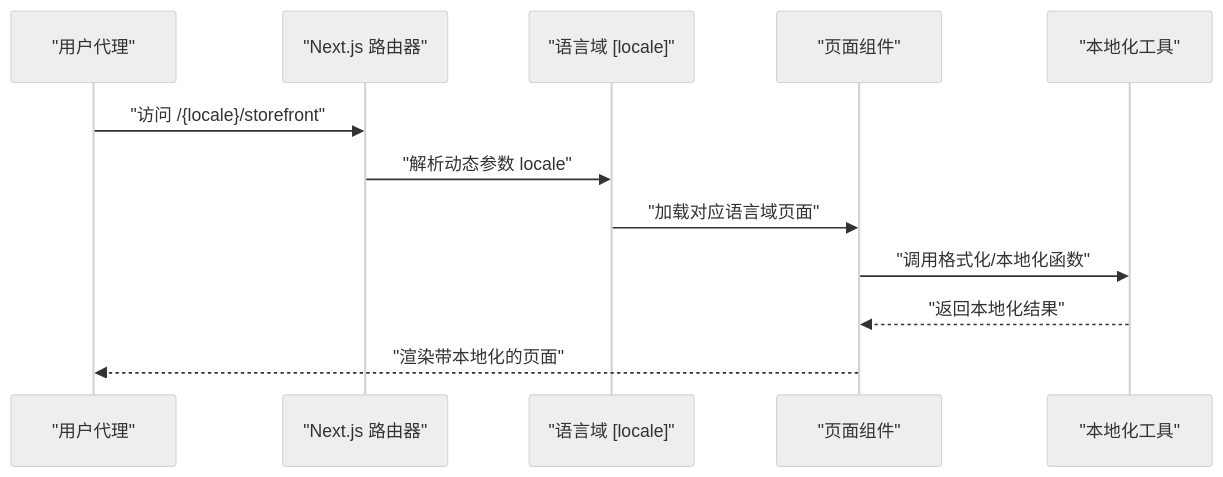
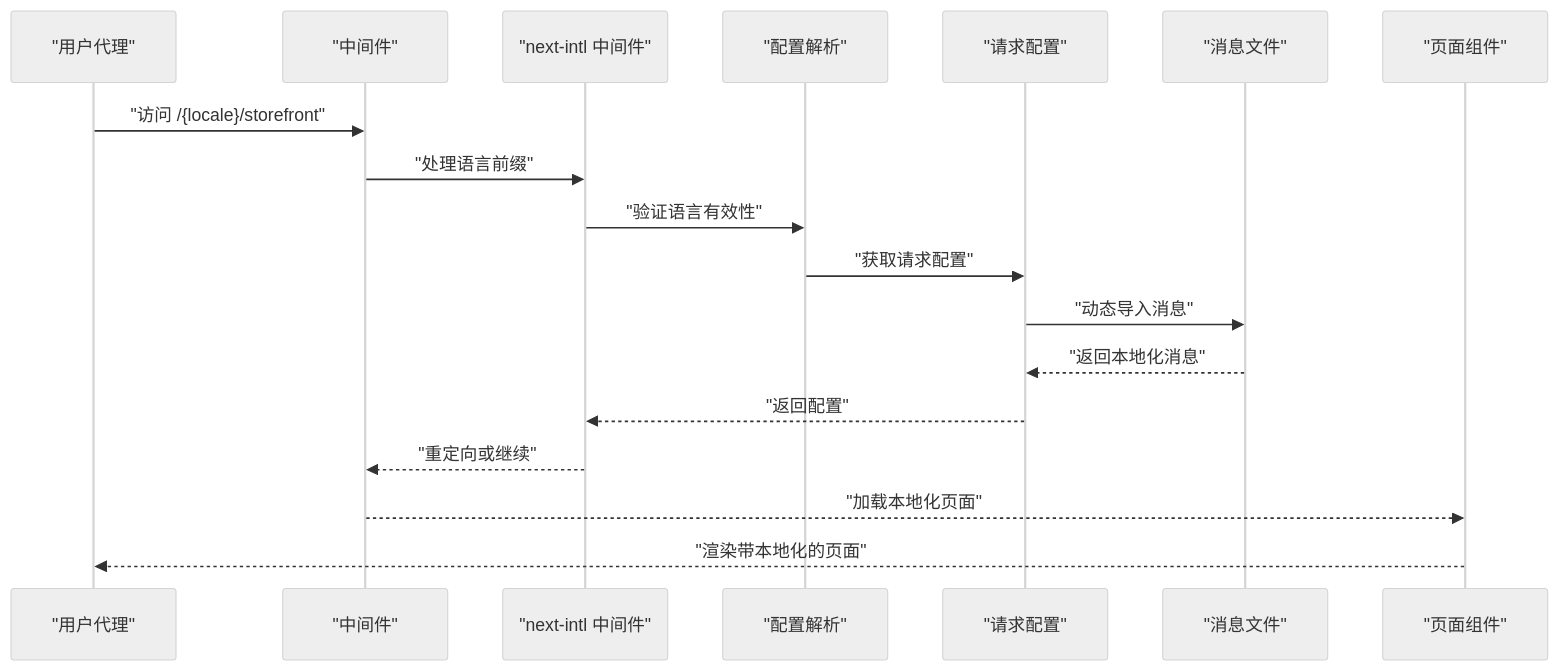
The second of 8 diagrams in .qoder/repowiki/zh/content/国际化系统/国际化系统.md (three3638-arch/celestia_2b), drawn with Mermaid (neutral theme) before and after one commit. The commit also changed other lines of this file and 17 other files, not shown here.

````diff
--- a/.qoder/repowiki/zh/content/国际化系统/国际化系统.md
+++ b/.qoder/repowiki/zh/content/国际化系统/国际化系统.md
@@ -98,14 +115,20 @@
 ```mermaid
 sequenceDiagram
 participant U as "用户代理"
-participant N as "Next.js 路由器"
-participant L as "语言域 [locale]"
-participant P as "页面组件"
-participant T as "本地化工具"
-U->>N : "访问 /{locale}/storefront"
-N->>L : "解析动态参数 locale"
-L->>P : "加载对应语言域页面"
-P->>T : "调用格式化/本地化函数"
-T-->>P : "返回本地化结果"
-P-->>U : "渲染带本地化的页面"
+participant MW as "中间件"
+participant INTL as "next-intl 中间件"
+participant CFG as "配置解析"
+participant REQ as "请求配置"
+participant MSG as "消息文件"
+participant PAGE as "页面组件"
+U->>MW : "访问 /{locale}/storefront"
+MW->>INTL : "处理语言前缀"
+INTL->>CFG : "验证语言有效性"
+CFG->>REQ : "获取请求配置"
+REQ->>MSG : "动态导入消息"
+MSG-->>REQ : "返回本地化消息"
+REQ-->>INTL : "返回配置"
+INTL-->>MW : "重定向或继续"
+MW-->>PAGE : "加载本地化页面"
+PAGE-->>U : "渲染带本地化的页面"
 ```
````
